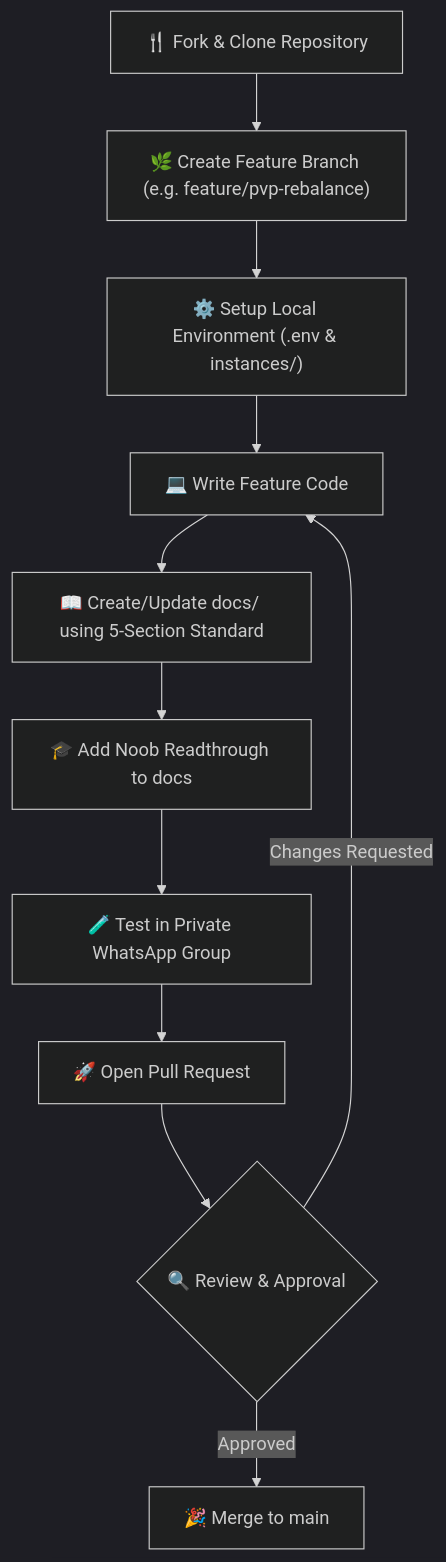
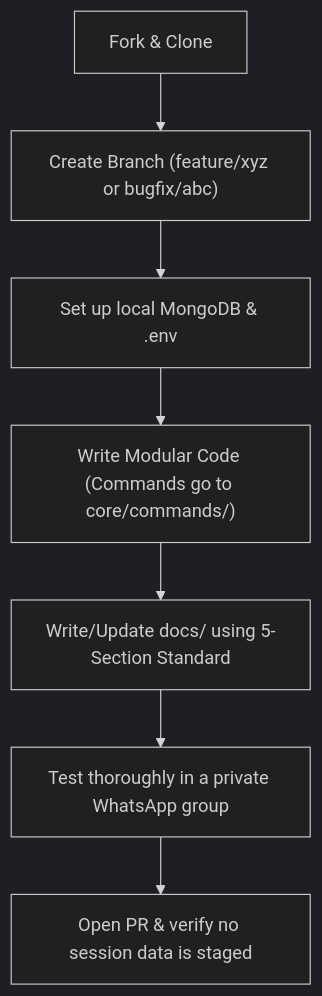
One commit to BrainMell/whatsapp-bot changed the diagram in contribution.md. Above: the diagram before and after it, drawn with Mermaid (dark theme). The commit also changed other lines of this file and 2 other files, not shown here.

Commit message:
docs: rewrite main developer-facing documentation to sound natural and practical

````diff
--- a/contribution.md
+++ b/contribution.md
@@ -9,13 +9,9 @@
 ```mermaid
 graph TD
-    A["🍴 Fork & Clone Repository"] --> B["🌿 Create Feature Branch (e.g. feature/pvp-rebalance)"]
-    B --> C["⚙️ Setup Local Environment (.env & instances/)"]
-    C --> D["💻 Write Feature Code"]
-    D --> E["📖 Create/Update docs/ using 5-Section Standard"]
-    E --> F["🎓 Add Noob Readthrough to docs"]
-    F --> G["🧪 Test in Private WhatsApp Group"]
-    G --> H["🚀 Open Pull Request"]
-    H --> I{"🔍 Review & Approval"}
-    I -- "Approved" --> J["🎉 Merge to main"]
-    I -- "Changes Requested" --> D
+    A["Fork & Clone"] --> B["Create Branch (feature/xyz or bugfix/abc)"]
+    B --> C["Set up local MongoDB & .env"]
+    C --> D["Write Modular Code (Commands go to core/commands/)"]
+    D --> E["Write/Update docs/ using 5-Section Standard"]
+    E --> F["Test thoroughly in a private WhatsApp group"]
+    F --> G["Open PR & verify no session data is staged"]
 ```
````
